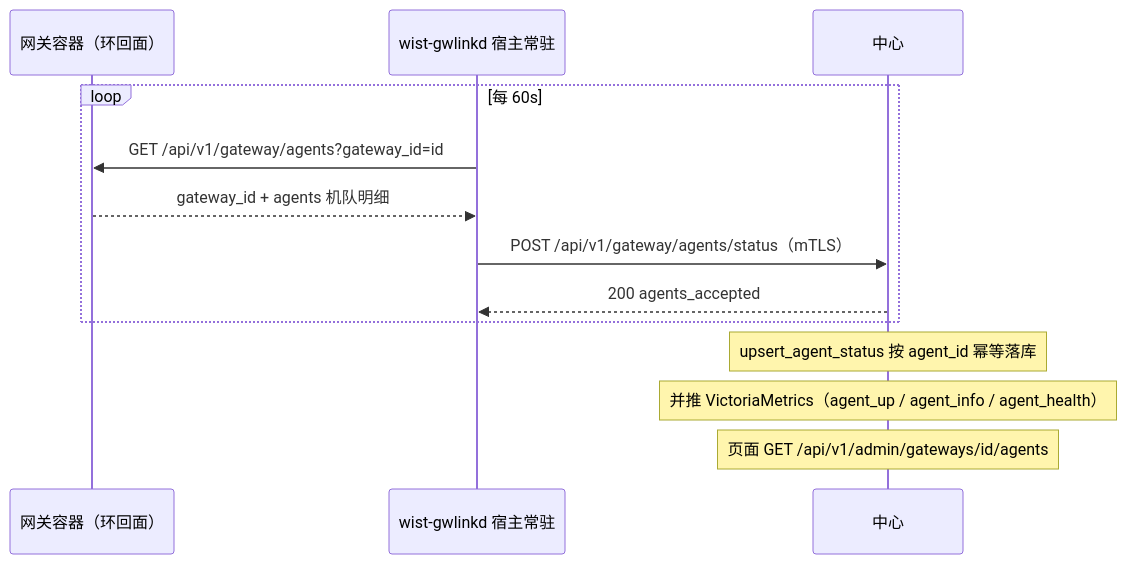
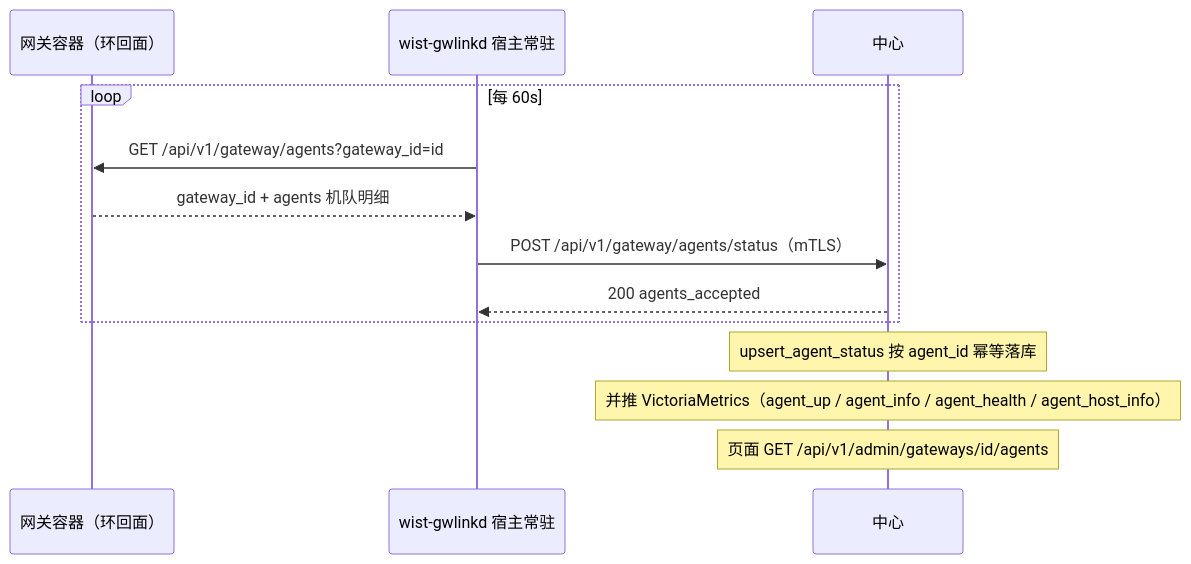
Before and after one commit to dayu-sec/wist-design: the diagram in doc/design/edge/gateway-agent-report.md, drawn with Mermaid. The commit also changed other lines of this file and 9 other files, not shown here.

````diff
--- a/doc/design/edge/gateway-agent-report.md
+++ b/doc/design/edge/gateway-agent-report.md
@@ -125,17 +125,17 @@
 ```mermaid
 sequenceDiagram
     participant GW as 网关容器（环回面）
     participant L as wist-gwlinkd 宿主常驻
     participant C as 中心
 
     loop 每 60s
         L->>GW: GET /api/v1/gateway/agents?gateway_id=id
         GW-->>L: gateway_id + agents 机队明细
         L->>C: POST /api/v1/gateway/agents/status（mTLS）
         C-->>L: 200 agents_accepted
     end
 
     Note over C: upsert_agent_status 按 agent_id 幂等落库
-    Note over C: 并推 VictoriaMetrics（agent_up / agent_info / agent_health）
+    Note over C: 并推 VictoriaMetrics（agent_up / agent_info / agent_health / agent_host_info）
     Note over C: 页面 GET /api/v1/admin/gateways/id/agents
 ```
````
